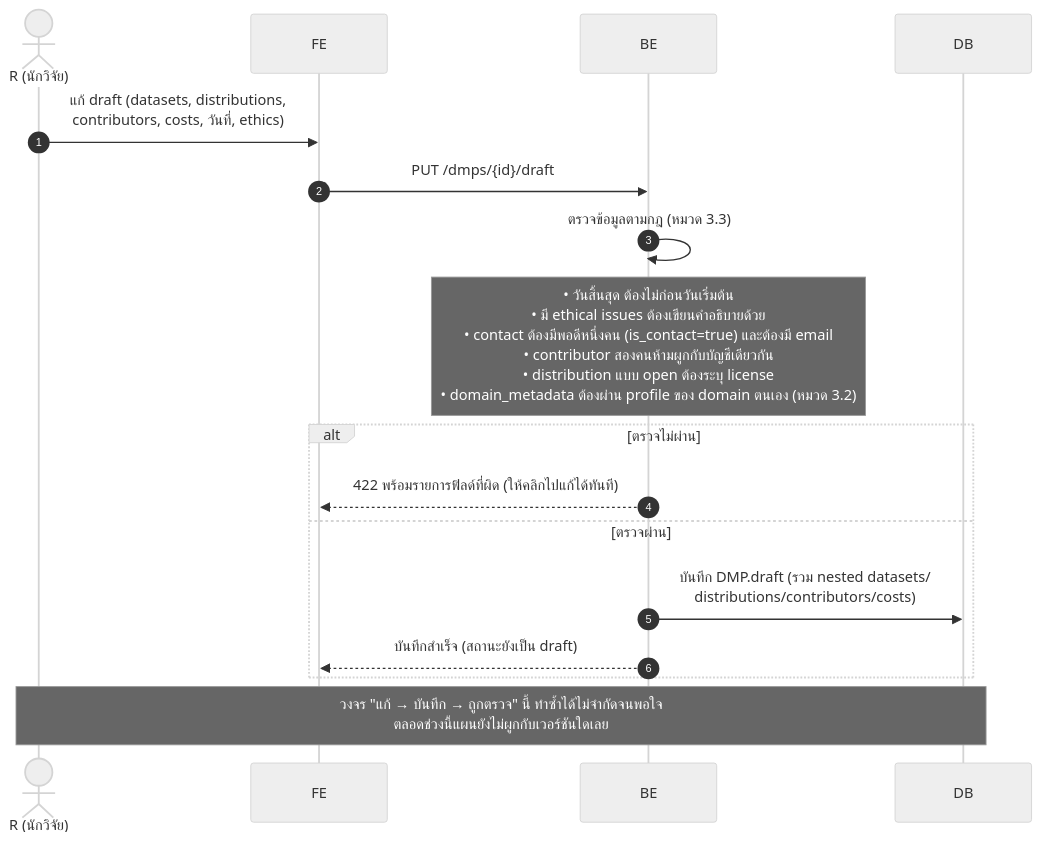
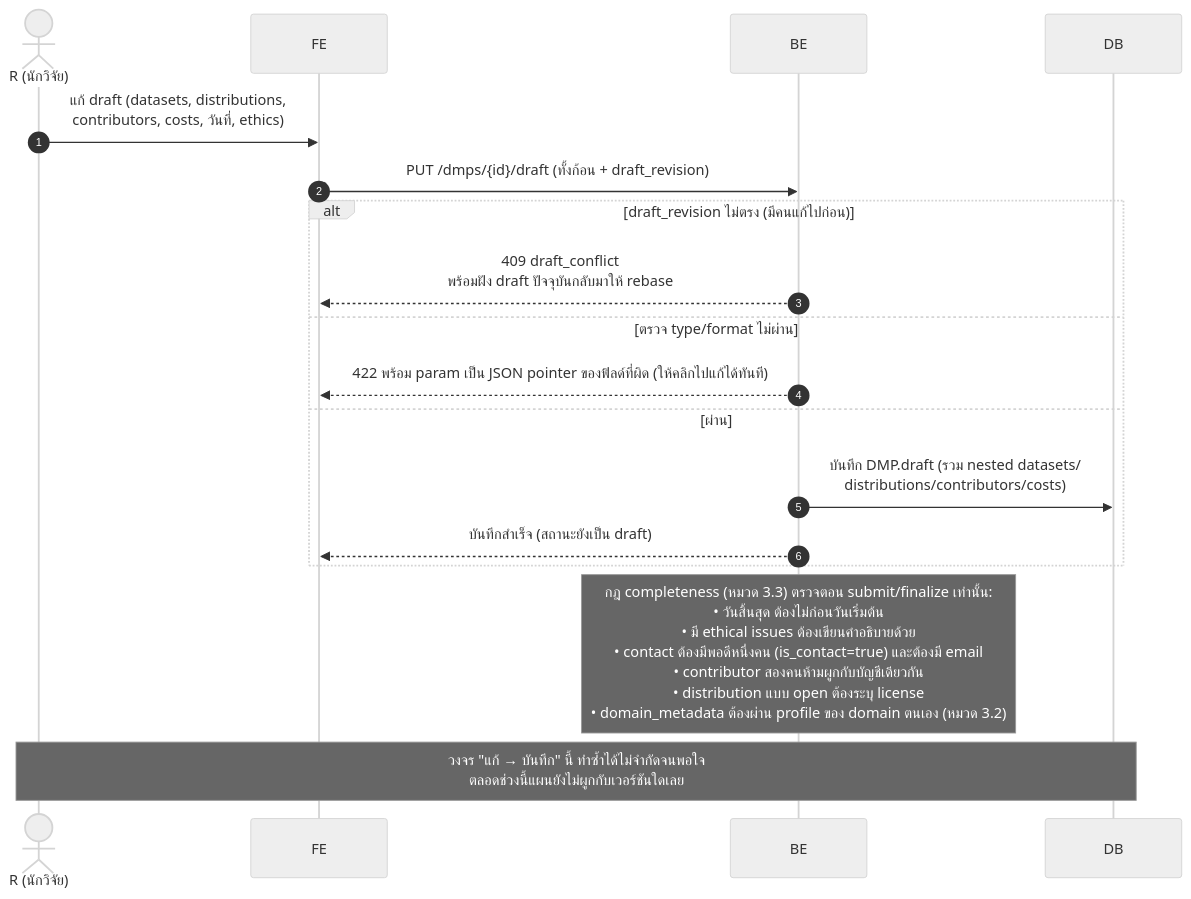
One commit to Open-Science-and-Data-management/Backend changed the fourth of 18 diagrams in docs/architecture/sequence-diagrams.md. Above: the diagram before and after it, drawn with Mermaid (neutral theme). The commit also changed other lines of this file and 26 other files, not shown here.

````diff
--- a/docs/architecture/sequence-diagrams.md
+++ b/docs/architecture/sequence-diagrams.md
@@ -186,20 +193,21 @@
 ```mermaid
 sequenceDiagram
     autonumber
     actor R as R (นักวิจัย)
     participant FE as FE
     participant BE as BE
     participant DB as DB
 
     R->>FE: แก้ draft (datasets, distributions,<br/>contributors, costs, วันที่, ethics)
-    FE->>BE: PUT /dmps/{id}/draft
-    BE->>BE: ตรวจข้อมูลตามกฎ (หมวด 3.3)
-    Note over BE: • วันสิ้นสุด ต้องไม่ก่อนวันเริ่มต้น<br/>• มี ethical issues ต้องเขียนคำอธิบายด้วย<br/>• contact ต้องมีพอดีหนึ่งคน (is_contact=true) และต้องมี email<br/>• contributor สองคนห้ามผูกกับบัญชีเดียวกัน<br/>• distribution แบบ open ต้องระบุ license<br/>• domain_metadata ต้องผ่าน profile ของ domain ตนเอง (หมวด 3.2)
-    alt ตรวจไม่ผ่าน
-        BE-->>FE: 422 พร้อมรายการฟิลด์ที่ผิด (ให้คลิกไปแก้ได้ทันที)
-    else ตรวจผ่าน
+    FE->>BE: PUT /dmps/{id}/draft (ทั้งก้อน + draft_revision)
+    alt draft_revision ไม่ตรง (มีคนแก้ไปก่อน)
+        BE-->>FE: 409 draft_conflict<br/>พร้อมฝัง draft ปัจจุบันกลับมาให้ rebase
+    else ตรวจ type/format ไม่ผ่าน
+        BE-->>FE: 422 พร้อม param เป็น JSON pointer ของฟิลด์ที่ผิด (ให้คลิกไปแก้ได้ทันที)
+    else ผ่าน
         BE->>DB: บันทึก DMP.draft (รวม nested datasets/<br/>distributions/contributors/costs)
         BE-->>FE: บันทึกสำเร็จ (สถานะยังเป็น draft)
     end
-    Note over R,DB: วงจร "แก้ → บันทึก → ถูกตรวจ" นี้ ทำซ้ำได้ไม่จำกัดจนพอใจ<br/>ตลอดช่วงนี้แผนยังไม่ผูกกับเวอร์ชันใดเลย
+    Note over BE: กฎ completeness (หมวด 3.3) ตรวจตอน submit/finalize เท่านั้น:<br/>• วันสิ้นสุด ต้องไม่ก่อนวันเริ่มต้น<br/>• มี ethical issues ต้องเขียนคำอธิบายด้วย<br/>• contact ต้องมีพอดีหนึ่งคน (is_contact=true) และต้องมี email<br/>• contributor สองคนห้ามผูกกับบัญชีเดียวกัน<br/>• distribution แบบ open ต้องระบุ license<br/>• domain_metadata ต้องผ่าน profile ของ domain ตนเอง (หมวด 3.2)
+    Note over R,DB: วงจร "แก้ → บันทึก" นี้ ทำซ้ำได้ไม่จำกัดจนพอใจ<br/>ตลอดช่วงนี้แผนยังไม่ผูกกับเวอร์ชันใดเลย
 ```
````
